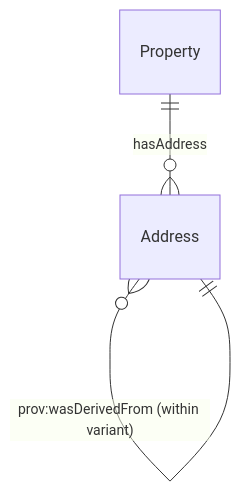
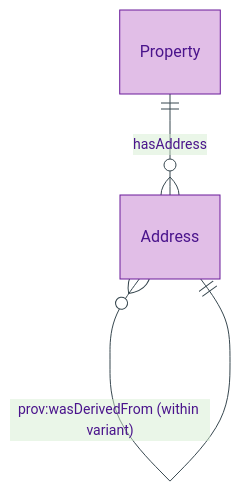
The diagram in docs/manual/logical/property/address.md (sparkling/opda), drawn with Mermaid before and after one commit. The commit also changed other lines of this file and 179 other files, not shown here.

First line of the commit message:
docs(manual): Logical-tier diagram expansion via /diagramming skill

````diff
--- a/docs/manual/logical/property/address.md
+++ b/docs/manual/logical/property/address.md
@@ -37,5 +42,9 @@
 ```mermaid
+%%{init: {"theme": "base", "themeVariables": {"primaryColor": "#E1BEE7", "primaryTextColor": "#4A148C", "primaryBorderColor": "#6A1B9A", "lineColor": "#37474F"}}}%%
 erDiagram
+    accTitle: Address — Entity-Relationship Diagram
+    accDescr: Direct-neighbour view of Address — Property hasAddress join with optional PROV-O wasDerivedFrom chain within the same address variant.
+
     Property ||--o{ Address : "hasAddress"
     Address }o--|| Address : "prov:wasDerivedFrom (within variant)"
 ```
````
